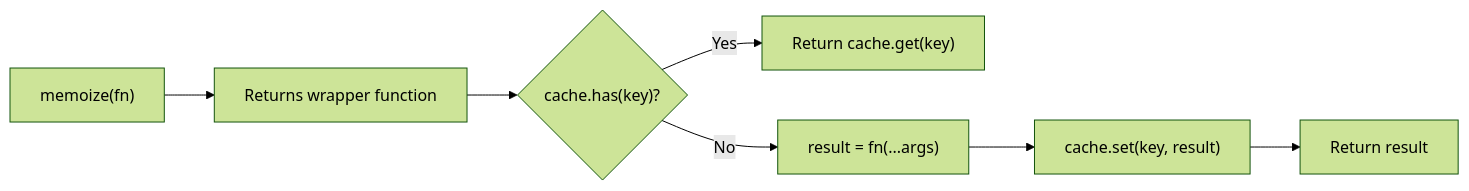
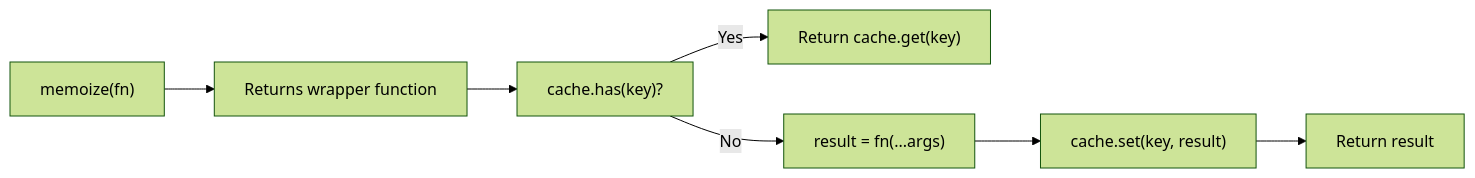
One commit to rajmpawar-hash/ByteNotes changed the third of 3 diagrams in src/notes/javascript/7-interview/01-interview-patterns/05-memoization.md. Above: the diagram before and after it, drawn with Mermaid (forest theme). The commit also changed other lines of this file and 35 other files, not shown here.

Commit message:
chore: deduplicate notes, fix Mermaid syntax, and update GEMINI.md rules

````diff
--- a/src/notes/javascript/7-interview/01-interview-patterns/05-memoization.md
+++ b/src/notes/javascript/7-interview/01-interview-patterns/05-memoization.md
@@ -99,9 +99,9 @@
 ```mermaid
 flowchart LR
     A["memoize(fn)"] --> B["Returns wrapper function"]
-    B --> C{"cache.has(key)?"}
-    C -->|"Yes"| D["Return cache.get(key)"]
-    C -->|"No"| E["result = fn(...args)"]
+    B --> C["cache.has(key)?"]
+    C -->|Yes| D["Return cache.get(key)"]
+    C -->|No| E["result = fn(...args)"]
     E --> F["cache.set(key, result)"]
     F --> G["Return result"]
 ```
````
